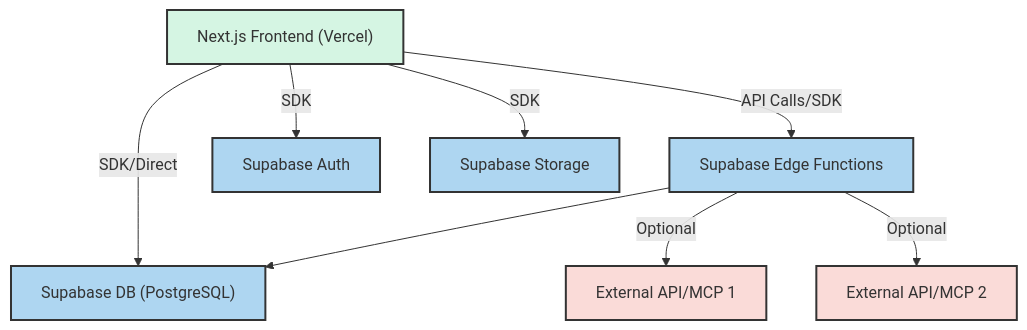
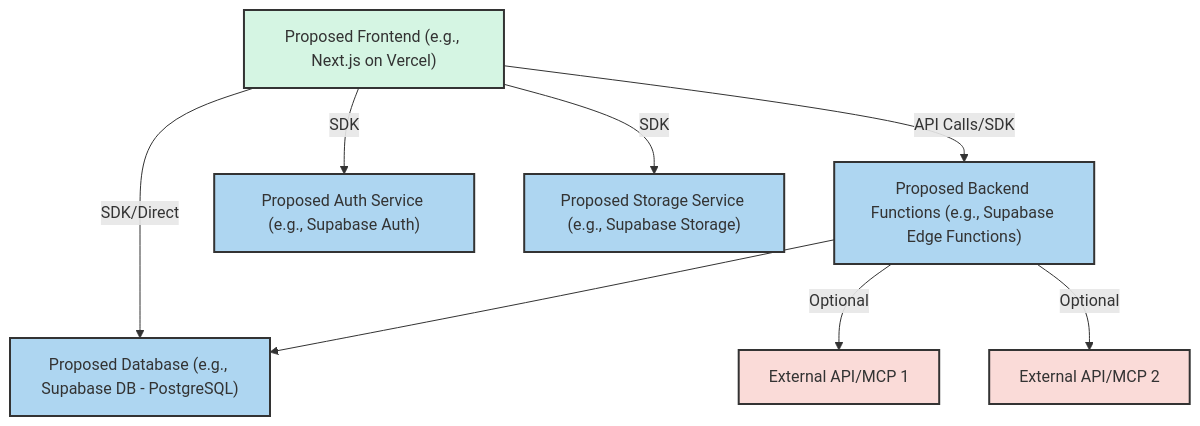
Before and after one commit to martianbandit/Agentic-Coding-Framework: the diagram in 01_AI-RUN/Template/PRD_template.md, drawn with Mermaid. The commit also changed other lines of this file and 6 other files, not shown here.

````diff
--- a/01_AI-RUN/Template/PRD_template.md
+++ b/01_AI-RUN/Template/PRD_template.md
@@ -389,18 +390,18 @@
 ```mermaid
 graph TD
-    UserInterface["Next.js Frontend (Vercel)"] -->|API Calls/SDK| SupabaseEdgeFunctions["Supabase Edge Functions"];
-    UserInterface -->|SDK| SupabaseAuth["Supabase Auth"];
-    UserInterface -->|SDK/Direct| SupabaseDB["Supabase DB (PostgreSQL)"];
-    UserInterface -->|SDK| SupabaseStorage["Supabase Storage"];
-    SupabaseEdgeFunctions --> SupabaseDB;
-    SupabaseEdgeFunctions -->|Optional| ExternalAPI1["External API/MCP 1"];
-    SupabaseEdgeFunctions -->|Optional| ExternalAPI2["External API/MCP 2"];
+    UserInterface["Proposed Frontend (e.g., Next.js on Vercel)"] -->|API Calls/SDK| BackendFunctions["Proposed Backend Functions (e.g., Supabase Edge Functions)"];
+    UserInterface -->|SDK| AuthService["Proposed Auth Service (e.g., Supabase Auth)"];
+    UserInterface -->|SDK/Direct| DatabaseService["Proposed Database (e.g., Supabase DB - PostgreSQL)"];
+    UserInterface -->|SDK| StorageService["Proposed Storage Service (e.g., Supabase Storage)"];
+    BackendFunctions --> DatabaseService;
+    BackendFunctions -->|Optional| ExternalAPI1["External API/MCP 1"];
+    BackendFunctions -->|Optional| ExternalAPI2["External API/MCP 2"];
 
     style UserInterface fill:#D5F5E3,stroke:#333,stroke-width:2px
-    style SupabaseEdgeFunctions fill:#AED6F1,stroke:#333,stroke-width:2px
-    style SupabaseAuth fill:#AED6F1,stroke:#333,stroke-width:2px
-    style SupabaseDB fill:#AED6F1,stroke:#333,stroke-width:2px
-    style SupabaseStorage fill:#AED6F1,stroke:#333,stroke-width:2px
+    style BackendFunctions fill:#AED6F1,stroke:#333,stroke-width:2px
+    style AuthService fill:#AED6F1,stroke:#333,stroke-width:2px
+    style DatabaseService fill:#AED6F1,stroke:#333,stroke-width:2px
+    style StorageService fill:#AED6F1,stroke:#333,stroke-width:2px
     style ExternalAPI1 fill:#FADBD8,stroke:#333,stroke-width:2px
     style ExternalAPI2 fill:#FADBD8,stroke:#333,stroke-width:2px
 ```
````
